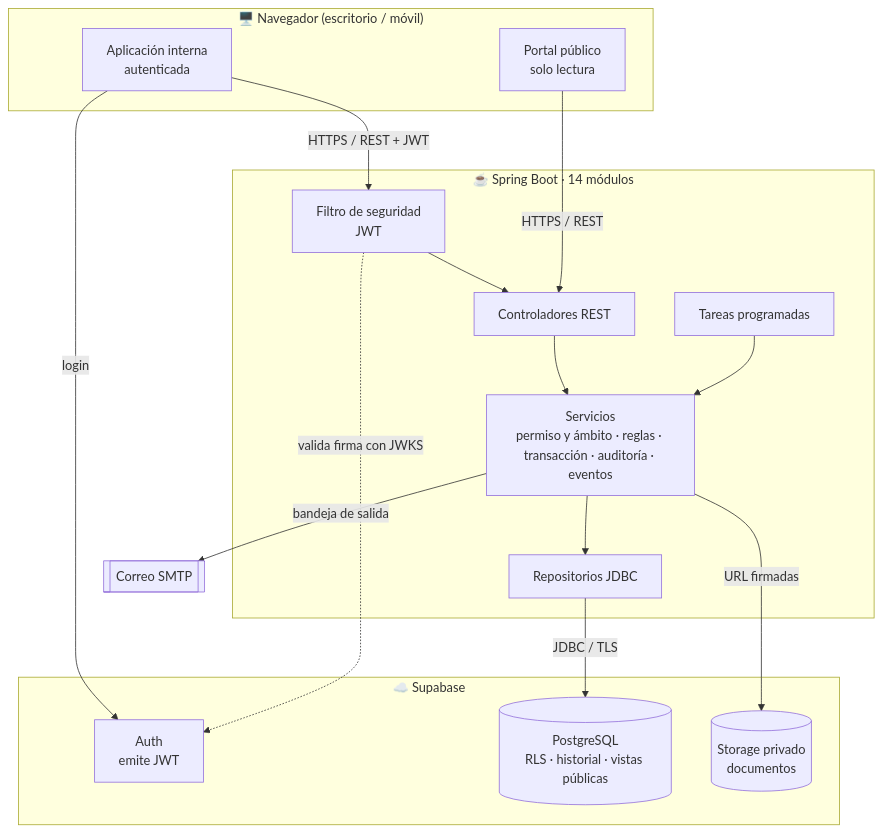
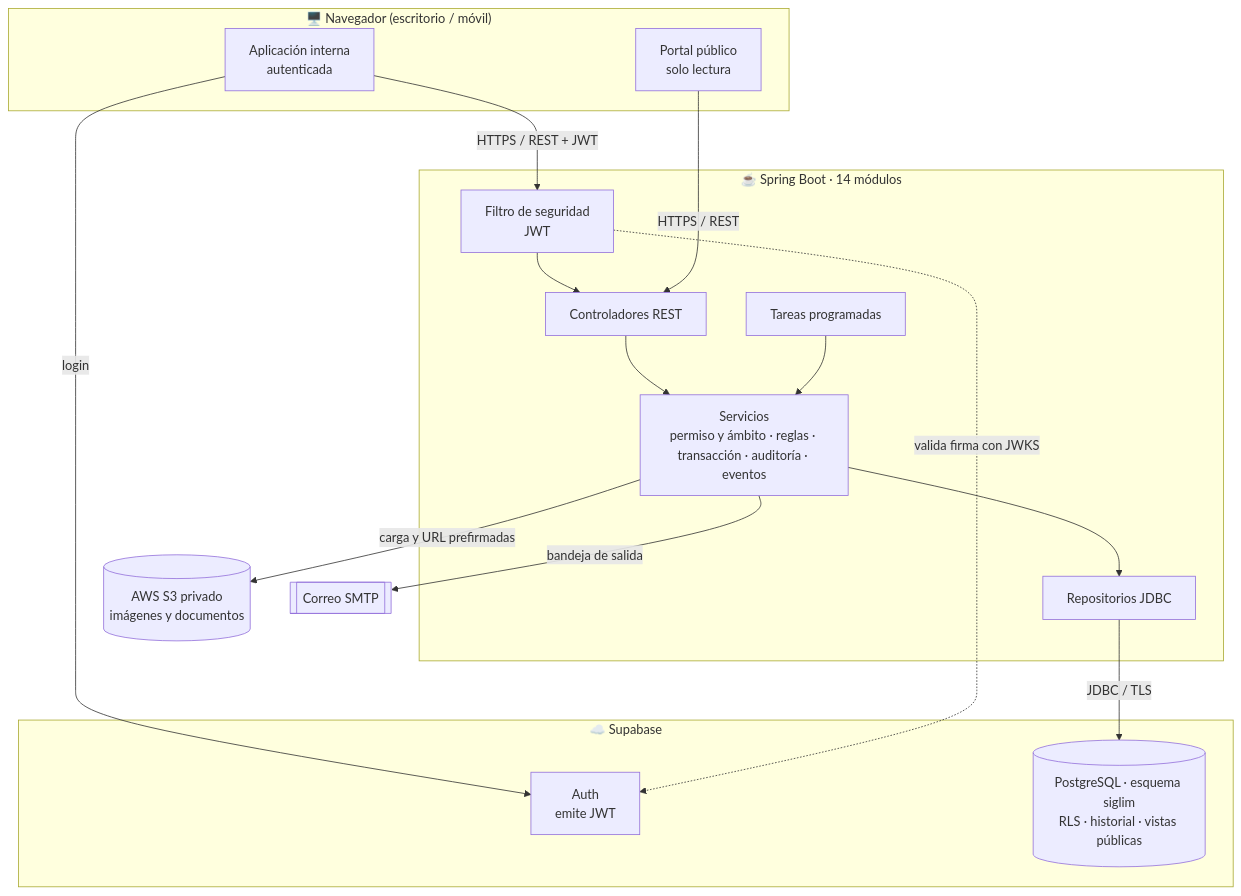
One commit to israelweil/SIGLIM changed the second of 2 diagrams in README.md. Above: the diagram before and after it, drawn with Mermaid. The commit also changed other lines of this file and 30 other files, not shown here.

First line of the commit message:
feat(bd): migración inicial Rev. 0.4.1, diccionario v2.0 y documentos en AWS S3

````diff
--- a/README.md
+++ b/README.md
@@ -92,26 +93,26 @@
 ```mermaid
 flowchart TB
     subgraph Navegador["🖥️ Navegador (escritorio / móvil)"]
         P[Portal público<br/>solo lectura]
         I[Aplicación interna<br/>autenticada]
     end
     subgraph API["☕ Spring Boot · 14 módulos"]
         S[Filtro de seguridad<br/>JWT] --> C[Controladores REST]
         C --> SV[Servicios<br/>permiso y ámbito · reglas · transacción · auditoría · eventos]
         SV --> R[Repositorios JDBC]
         T[Tareas programadas] --> SV
     end
     subgraph SB["☁️ Supabase"]
         AUTH[Auth<br/>emite JWT]
-        DB[(PostgreSQL<br/>RLS · historial · vistas públicas)]
-        ST[(Storage privado<br/>documentos)]
+        DB[(PostgreSQL · esquema siglim<br/>RLS · historial · vistas públicas)]
     end
+    ST[(AWS S3 privado<br/>imágenes y documentos)]
     MAIL[[Correo SMTP]]
     I -- login --> AUTH
     P -- HTTPS / REST --> C
     I -- HTTPS / REST + JWT --> S
     S -. valida firma con JWKS .-> AUTH
     R -- JDBC / TLS --> DB
-    SV -- URL firmadas --> ST
+    SV -- carga y URL prefirmadas --> ST
     SV -- bandeja de salida --> MAIL
 ```
````
